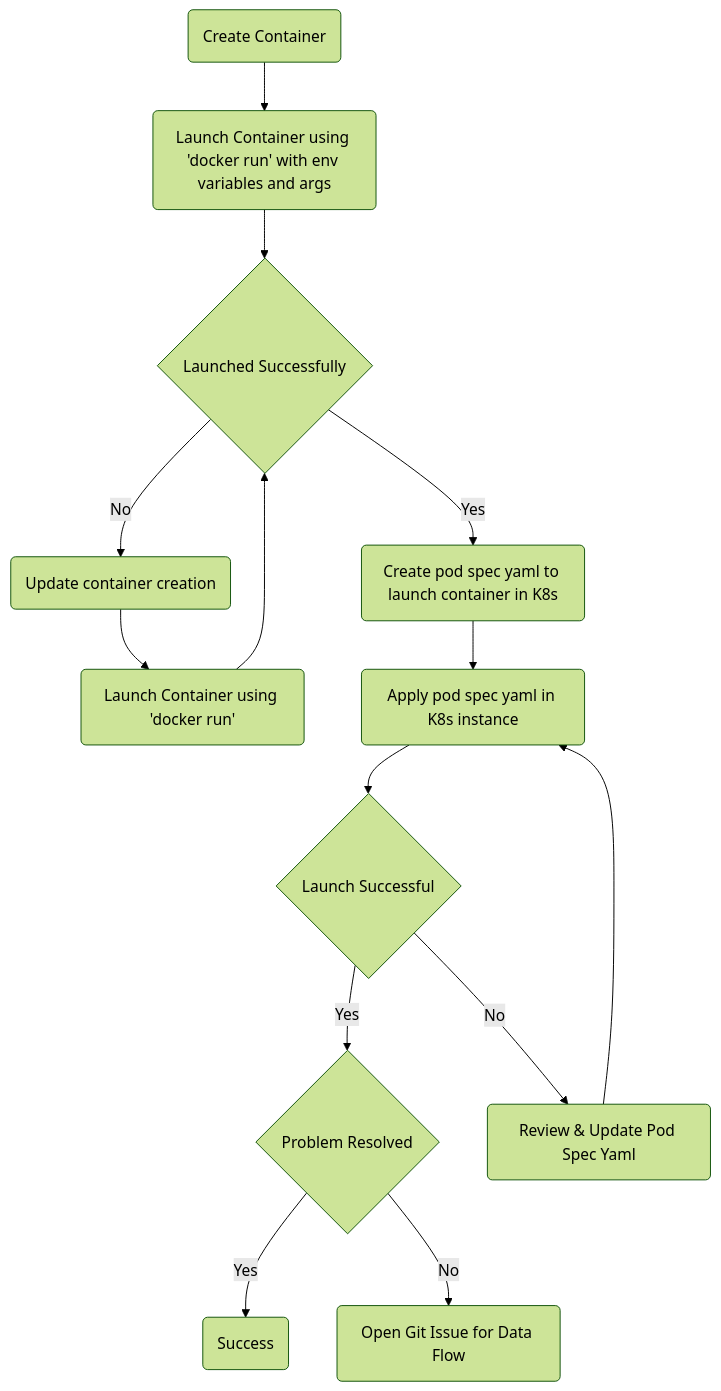
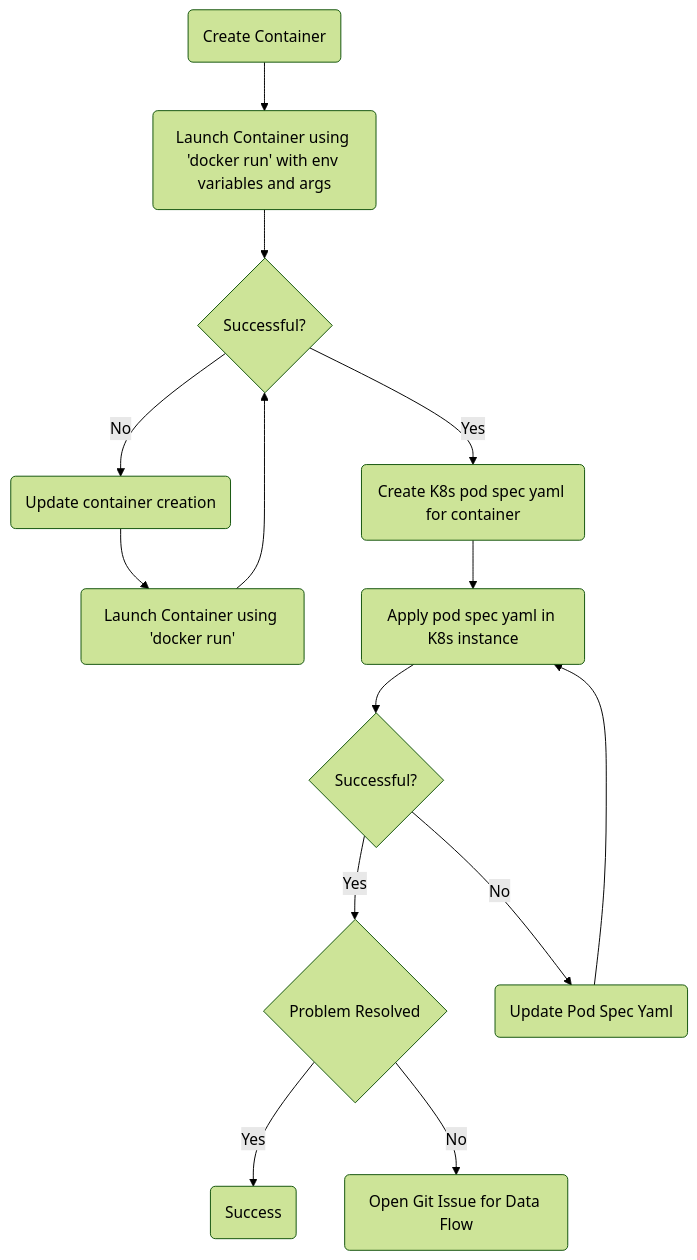
Before and after one commit to spring-io/dataflow.spring.io: the eighth of 8 diagrams in content/documentation/pages/4-batch-developer-guides/4-troubleshooting/1-debugging-task-apps.md, drawn with Mermaid (forest theme). The commit also changed other lines of this file and 1 other file, not shown here.

Commit message:
Created Troubleshooting guide for containers
resolves #300

````diff
--- a/content/documentation/pages/4-batch-developer-guides/4-troubleshooting/1-debugging-task-apps.md
+++ b/content/documentation/pages/4-batch-developer-guides/4-troubleshooting/1-debugging-task-apps.md
@@ -146,13 +146,13 @@
 ```mermaid
 graph TD;
     A(Create Container) --> B(Launch Container using 'docker run' with env variables and args);
-    B --> C{Launched Successfully}
+    B --> C{Successful?}
     C --> |No| D(Update container creation) --> C1(Launch Container using 'docker run') --> C
-    C --> |Yes| F(Create pod spec yaml to launch container in K8s) -->
+    C --> |Yes| F(Create K8s pod spec yaml for container) -->
     G(Apply pod spec yaml in K8s instance) -->
-    H{Launch Successful}
+    H{Successful?}
     H --> |Yes| I{Problem Resolved}
-    H --> |No| J(Review & Update Pod Spec Yaml) --> G
+    H --> |No| J(Update Pod Spec Yaml) --> G
     I --> |Yes| K(Success)
     I --> |No| L(Open Git Issue for Data Flow)
 ```
````
